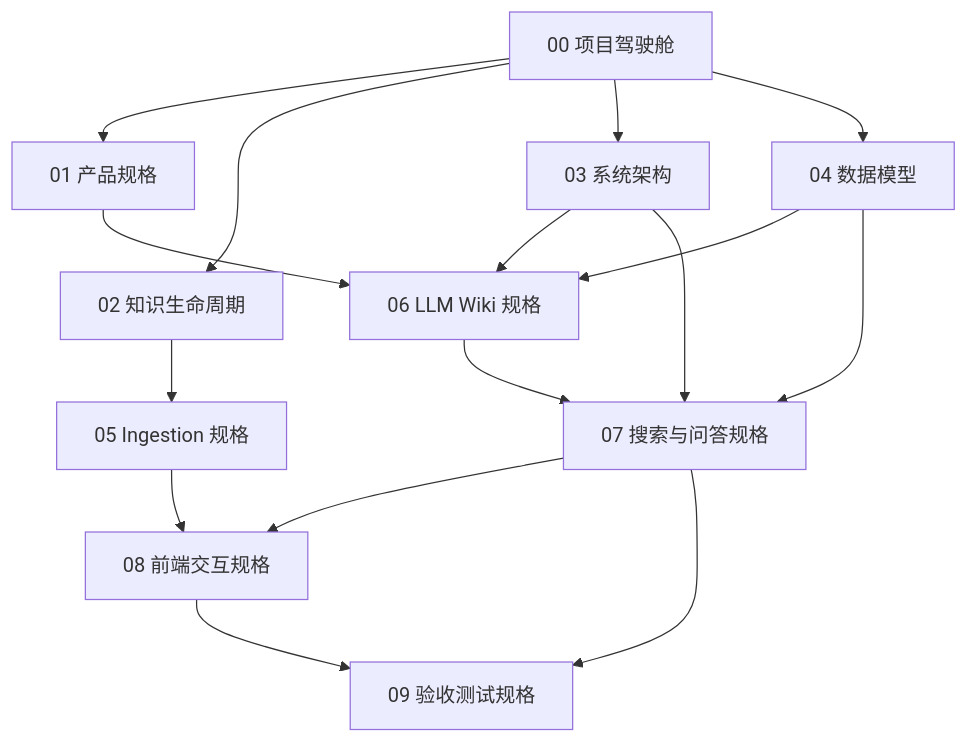
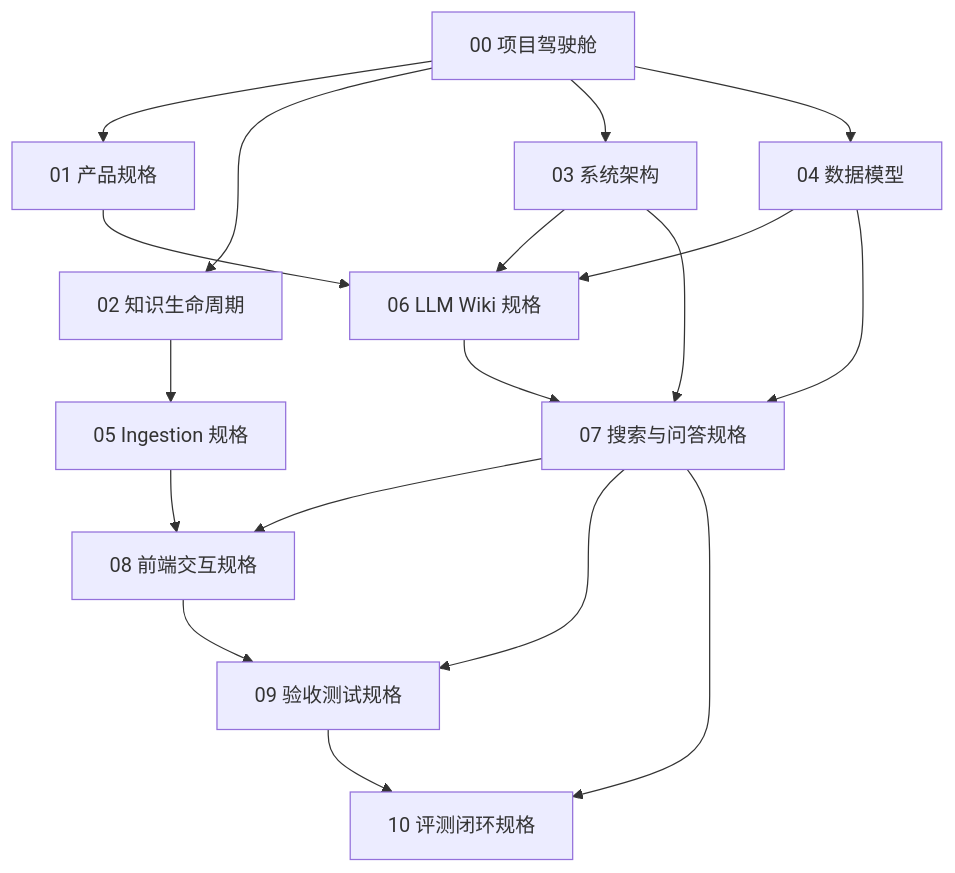
One commit to LittleBlacky/KnowWeave changed the seventh of 7 diagrams in docs/00-project-dashboard.md. Above: the diagram before and after it, drawn with Mermaid. The commit also changed other lines of this file and 9 other files, not shown here.

````diff
--- a/docs/00-project-dashboard.md
+++ b/docs/00-project-dashboard.md
@@ -245,18 +245,20 @@
 ```mermaid
 flowchart TD
   D0["00 项目驾驶舱"] --> D1["01 产品规格"]
   D0 --> D2["02 知识生命周期"]
   D0 --> D3["03 系统架构"]
   D0 --> D4["04 数据模型"]
   D2 --> D5["05 Ingestion 规格"]
   D1 --> D6["06 LLM Wiki 规格"]
   D3 --> D6
   D4 --> D6
   D3 --> D7["07 搜索与问答规格"]
   D4 --> D7
   D6 --> D7
   D7 --> D8["08 前端交互规格"]
   D5 --> D8
   D8 --> D9["09 验收测试规格"]
   D7 --> D9
+  D7 --> D10["10 评测闭环规格"]
+  D9 --> D10
 ```
````
